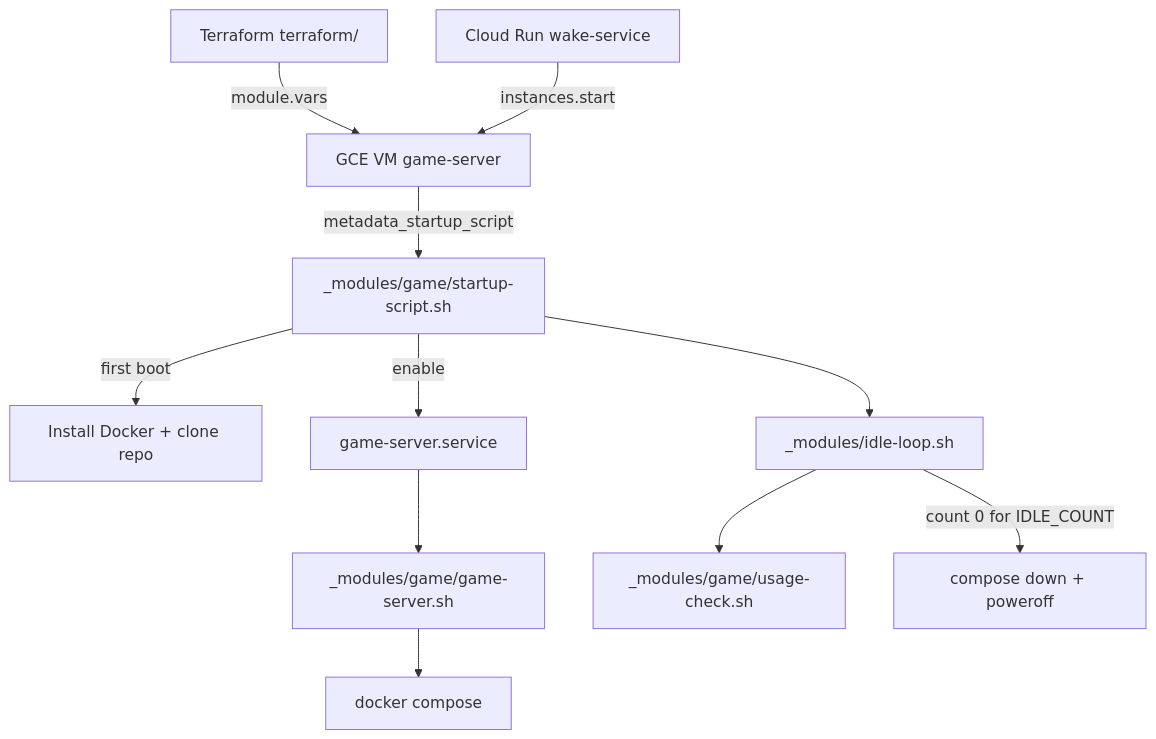
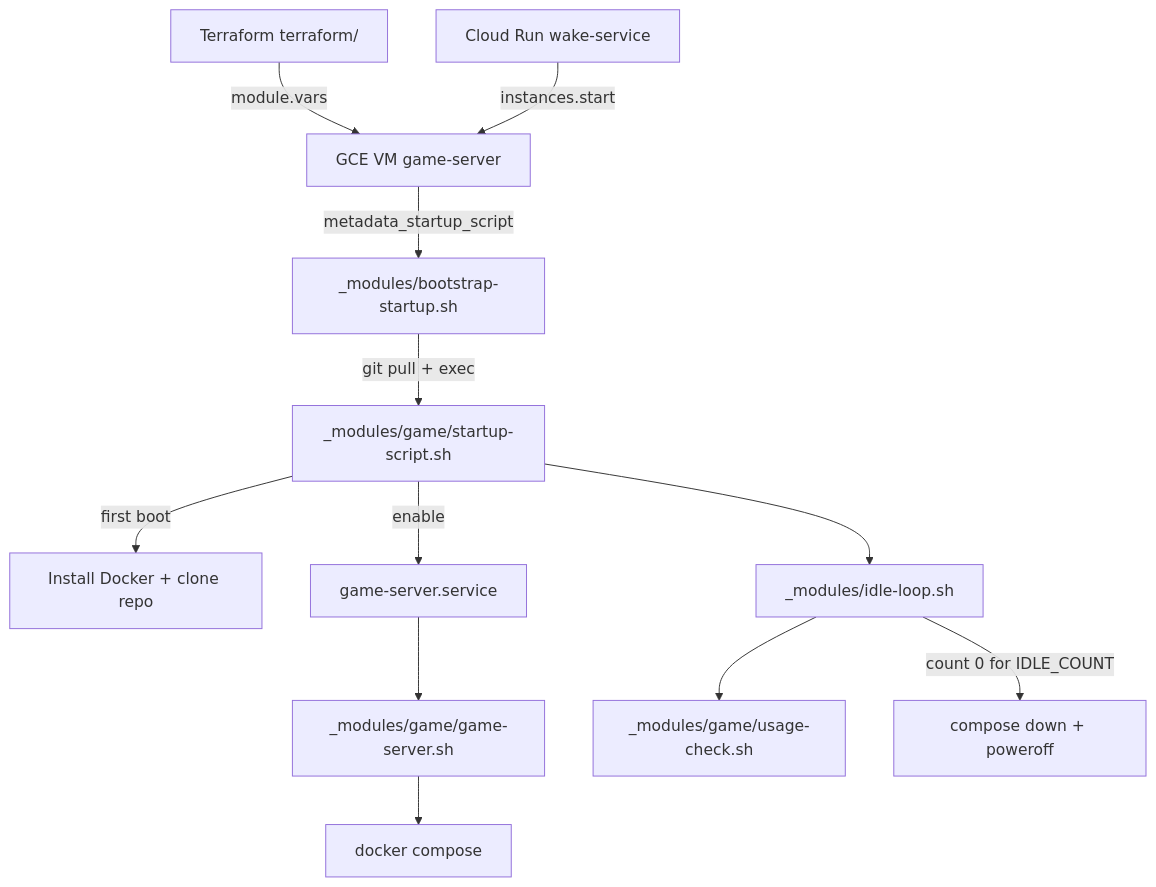
Before and after one commit to igetit41/igetit41-docker-game-server: the diagram in cursor-context-game-server.md, drawn with Mermaid. The commit also changed other lines of this file and 3 other files, not shown here.

````diff
--- a/cursor-context-game-server.md
+++ b/cursor-context-game-server.md
@@ -48,13 +48,14 @@
 ```mermaid
 flowchart TD
   TF[Terraform terraform/] -->|module.vars| VM[GCE VM game-server]
   Wake[Cloud Run wake-service] -->|instances.start| VM
-  VM -->|metadata_startup_script| SS["_modules/game/startup-script.sh"]
+  VM -->|metadata_startup_script| Boot["_modules/bootstrap-startup.sh"]
+  Boot -->|git pull + exec| SS["_modules/game/startup-script.sh"]
   SS -->|first boot| Docker[Install Docker + clone repo]
   SS -->|enable| SystemD[game-server.service]
   SystemD --> GS["_modules/game/game-server.sh"]
   GS --> DC["docker compose"]
   SS --> Idle["_modules/idle-loop.sh"]
   Idle --> UC["_modules/game/usage-check.sh"]
   Idle -->|count 0 for IDLE_COUNT| Shutdown[compose down + poweroff]
 ```
````
